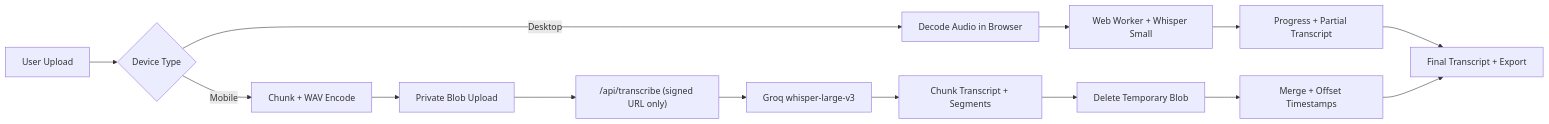
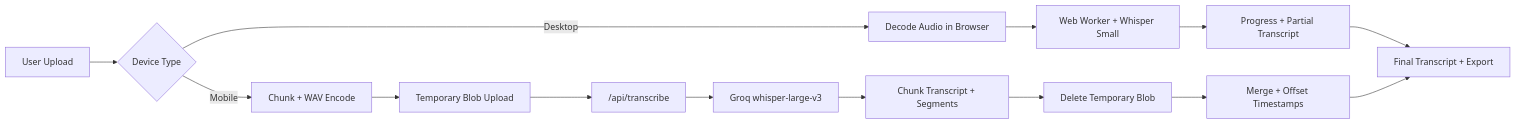
One commit to onatozmenn/audio-transcription-tool changed the diagram in README.md. Above: the diagram before and after it, drawn with Mermaid. The commit also changed other lines of this file and 6 other files, not shown here.

````diff
--- a/README.md
+++ b/README.md
@@ -78,17 +79,17 @@
 ```mermaid
 flowchart LR
     A[User Upload] --> B{Device Type}
     B -->|Desktop| C[Decode Audio in Browser]
     C --> D[Web Worker + Whisper Small]
     D --> E[Progress + Partial Transcript]
     E --> F[Final Transcript + Export]
 
     B -->|Mobile| G[Chunk + WAV Encode]
-    G --> H[Private Blob Upload]
-    H --> I["/api/transcribe (signed URL only)"]
+    G --> H[Temporary Blob Upload]
+    H --> I["/api/transcribe"]
     I --> J[Groq whisper-large-v3]
     J --> K[Chunk Transcript + Segments]
     K --> L[Delete Temporary Blob]
     L --> M[Merge + Offset Timestamps]
     M --> F
 ```
````
